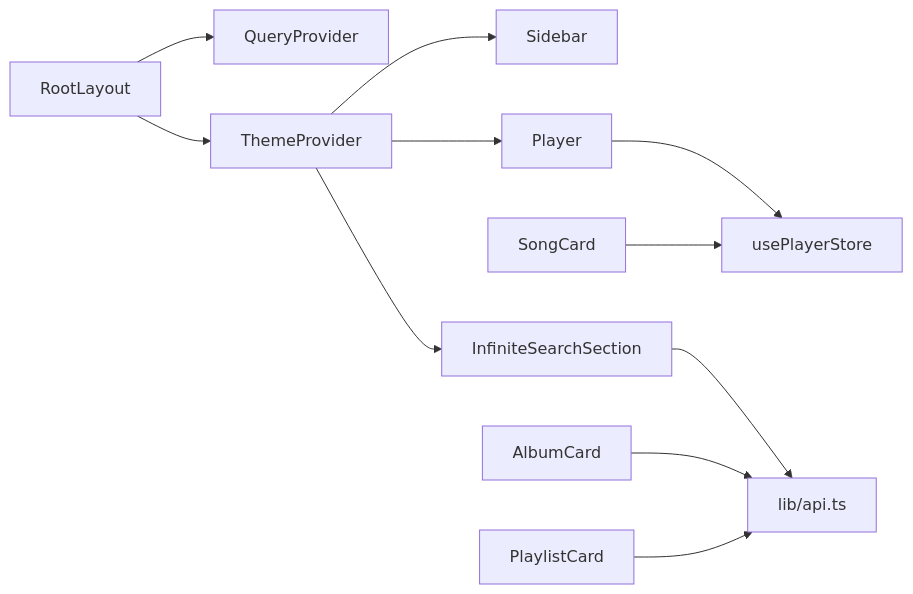
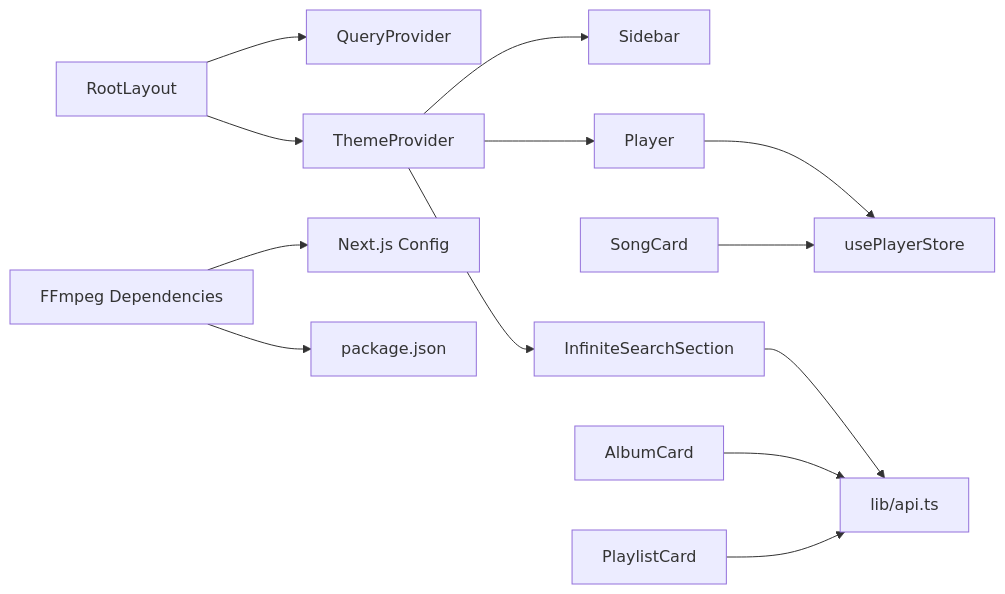
One commit to moindestiny/SonicStream changed the tenth of 10 diagrams in .qoder/repowiki/en/content/Architecture Overview/Frontend Architecture/Frontend Architecture.md. Above: the diagram before and after it, drawn with Mermaid. The commit also changed other lines of this file and 12 other files, not shown here.

````diff
--- a/.qoder/repowiki/en/content/Architecture Overview/Frontend Architecture/Frontend Architecture.md
+++ b/.qoder/repowiki/en/content/Architecture Overview/Frontend Architecture/Frontend Architecture.md
@@ -339,13 +395,15 @@
 ```mermaid
 graph LR
 RL["RootLayout"] --> QP["QueryProvider"]
 RL --> TP["ThemeProvider"]
 TP --> SB["Sidebar"]
 TP --> PL["Player"]
 TP --> IS["InfiniteSearchSection"]
 PL --> ZS["usePlayerStore"]
 SC["SongCard"] --> ZS
 IS --> API["lib/api.ts"]
 AC["AlbumCard"] --> API
 PC["PlaylistCard"] --> API
+FF["FFmpeg Dependencies"] --> NC["Next.js Config"]
+FF --> PKG["package.json"]
 ```
````
